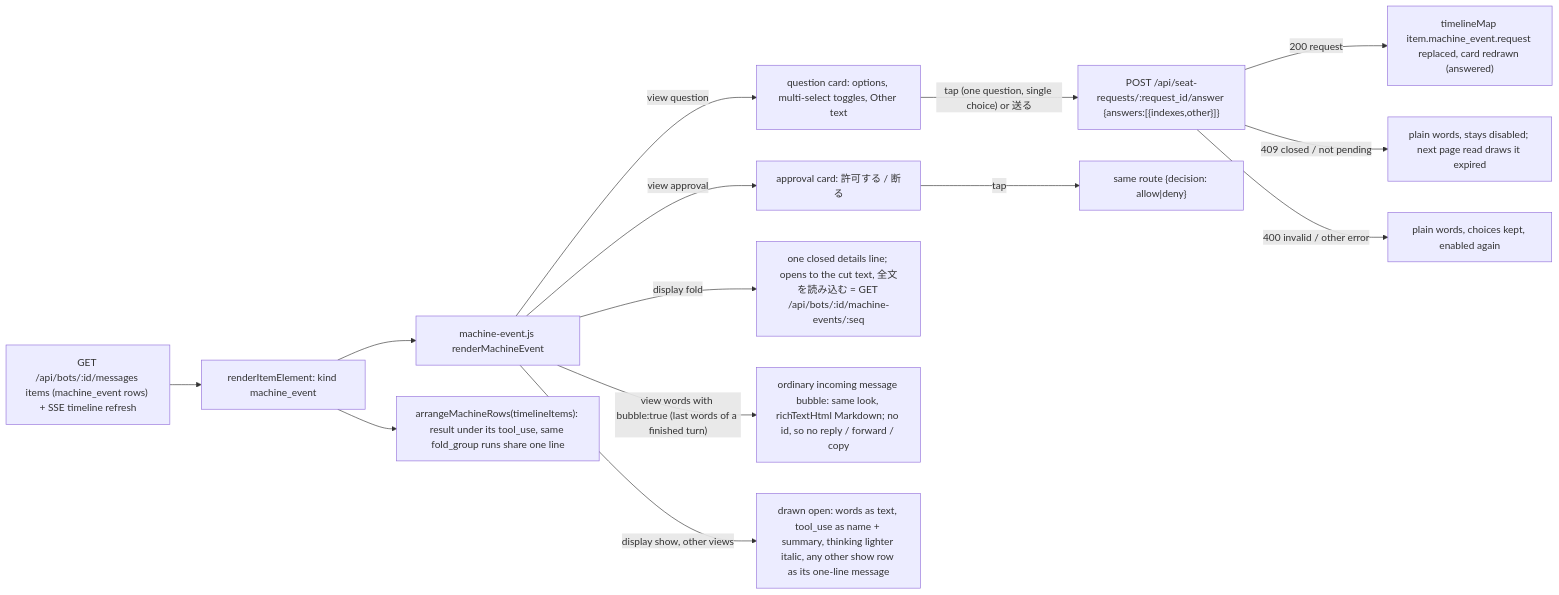
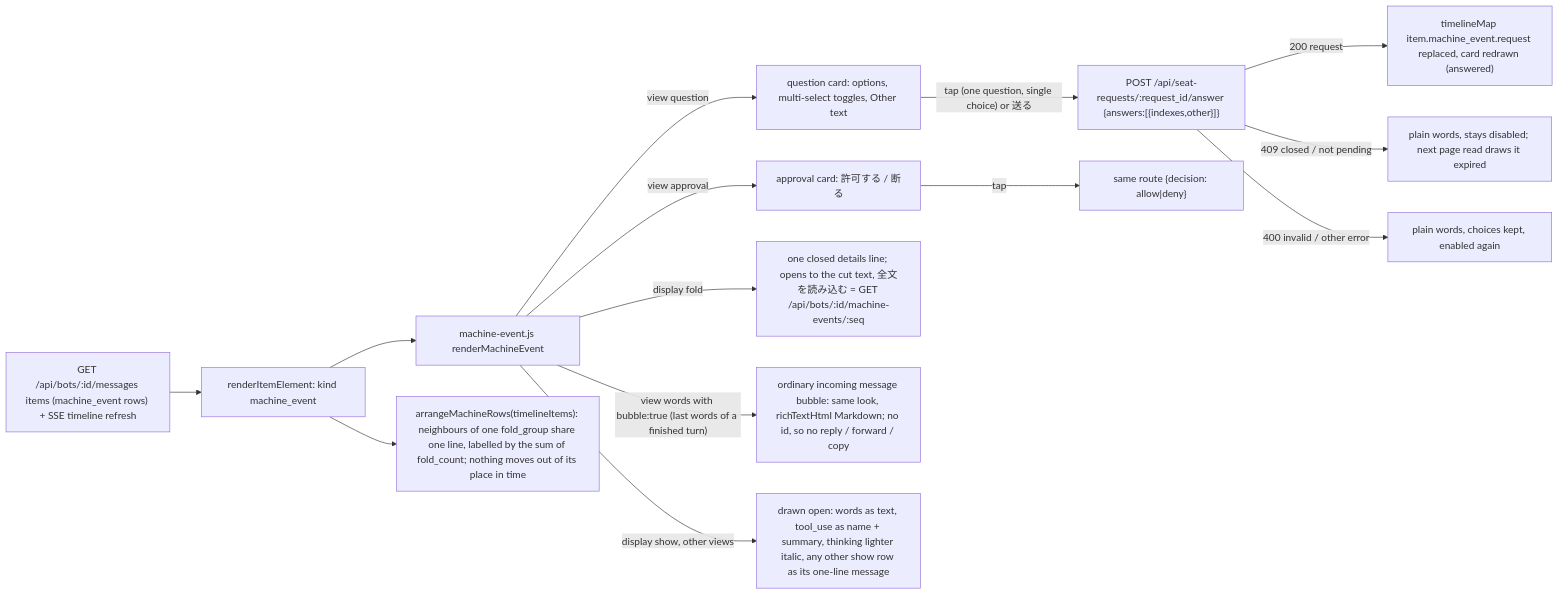
Before and after one commit to kitepon/BellTeam: diagram 16 of 16 in docs/architecture/modules/web/conversation.md, drawn with Mermaid. The commit also changed other lines of this file and 3 other files, not shown here.

Commit message:
a471-tune-tools-web: tool runs fold by fold_count, nothing moves out of its place in time

````diff
--- a/docs/architecture/modules/web/conversation.md
+++ b/docs/architecture/modules/web/conversation.md
@@ -397,16 +397,16 @@
 ```mermaid
 flowchart LR
   Page["GET /api/bots/:id/messages items (machine_event rows) + SSE timeline refresh"] --> Item["renderItemElement: kind machine_event"]
   Item --> ME["machine-event.js renderMachineEvent"]
   ME -->|"view question"| Q["question card: options, multi-select toggles, Other text"]
   ME -->|"view approval"| A["approval card: 許可する / 断る"]
   ME -->|"display fold"| F["one closed details line; opens to the cut text, 全文を読み込む = GET /api/bots/:id/machine-events/:seq"]
   ME -->|"view words with bubble:true (last words of a finished turn)"| B["ordinary incoming message bubble: same look, richTextHtml Markdown; no id, so no reply / forward / copy"]
   ME -->|"display show, other views"| S["drawn open: words as text, tool_use as name + summary, thinking lighter italic, any other show row as its one-line message"]
-  Item --> Arr["arrangeMachineRows(timelineItems): result under its tool_use, same fold_group runs share one line"]
+  Item --> Arr["arrangeMachineRows(timelineItems): neighbours of one fold_group share one line, labelled by the sum of fold_count; nothing moves out of its place in time"]
   Q -->|"tap (one question, single choice) or 送る"| Post["POST /api/seat-requests/:request_id/answer {answers:[{indexes,other}]}"]
   A -->|"tap"| Post2["same route {decision: allow|deny}"]
   Post -->|"200 request"| Item2["timelineMap item.machine_event.request replaced, card redrawn (answered)"]
   Post -->|"409 closed / not pending"| Closed["plain words, stays disabled; next page read draws it expired"]
   Post -->|"400 invalid / other error"| Retry["plain words, choices kept, enabled again"]
 ```
````
